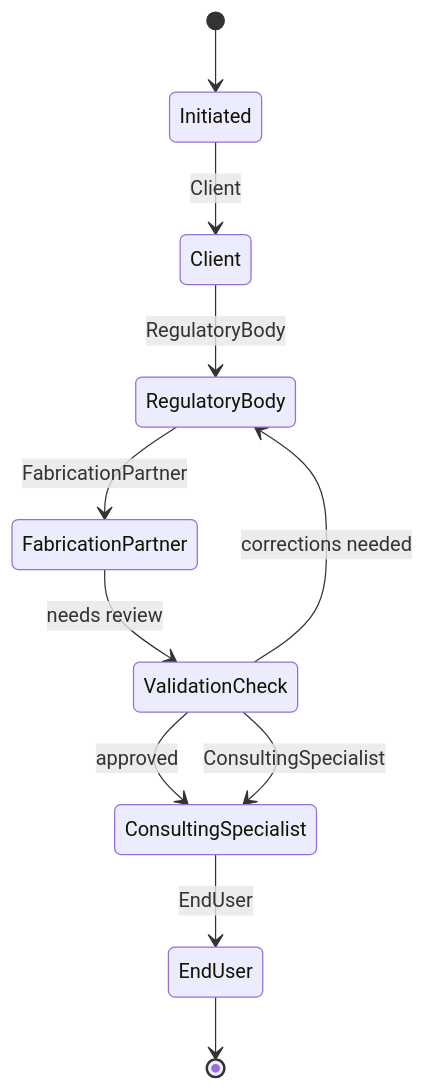
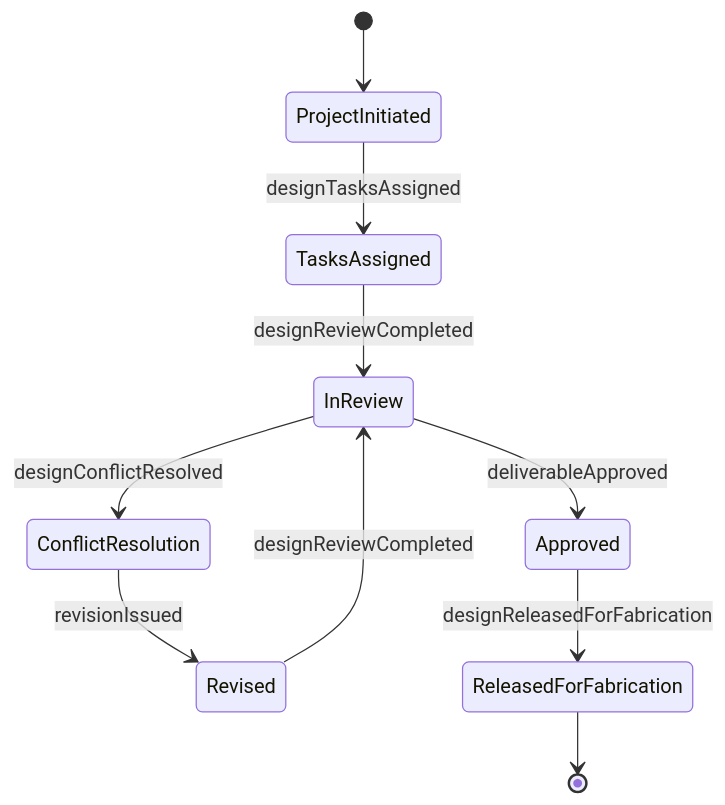
Before and after one commit to dot-org-ai/tasks.org.ai: the second of 4 diagrams in GuidingDirectingAndMotivatingSubordinates/DirectScientificOrTechnicalActivities/CoordinateDesignActivities.mdx, drawn with Mermaid. The commit also changed other lines of this file and 515 other files, not shown here.

````diff
--- a/GuidingDirectingAndMotivatingSubordinates/DirectScientificOrTechnicalActivities/CoordinateDesignActivities.mdx
+++ b/GuidingDirectingAndMotivatingSubordinates/DirectScientificOrTechnicalActivities/CoordinateDesignActivities.mdx
@@ -99,13 +100,12 @@
 ```mermaid
 stateDiagram-v2
-    [*] --> Initiated
-    Initiated --> Client: Client
-    Client --> RegulatoryBody: RegulatoryBody
-    RegulatoryBody --> FabricationPartner: FabricationPartner
-    FabricationPartner --> ValidationCheck: needs review
-    ValidationCheck --> RegulatoryBody: corrections needed
-    ValidationCheck --> ConsultingSpecialist: approved
-    ValidationCheck --> ConsultingSpecialist: ConsultingSpecialist
-    ConsultingSpecialist --> EndUser: EndUser
-    EndUser --> [*]
+    [*] --> ProjectInitiated
+    ProjectInitiated --> TasksAssigned : designTasksAssigned
+    TasksAssigned --> InReview : designReviewCompleted
+    InReview --> ConflictResolution : designConflictResolved
+    ConflictResolution --> Revised : revisionIssued
+    Revised --> InReview : designReviewCompleted
+    InReview --> Approved : deliverableApproved
+    Approved --> ReleasedForFabrication : designReleasedForFabrication
+    ReleasedForFabrication --> [*]
 ```
````
